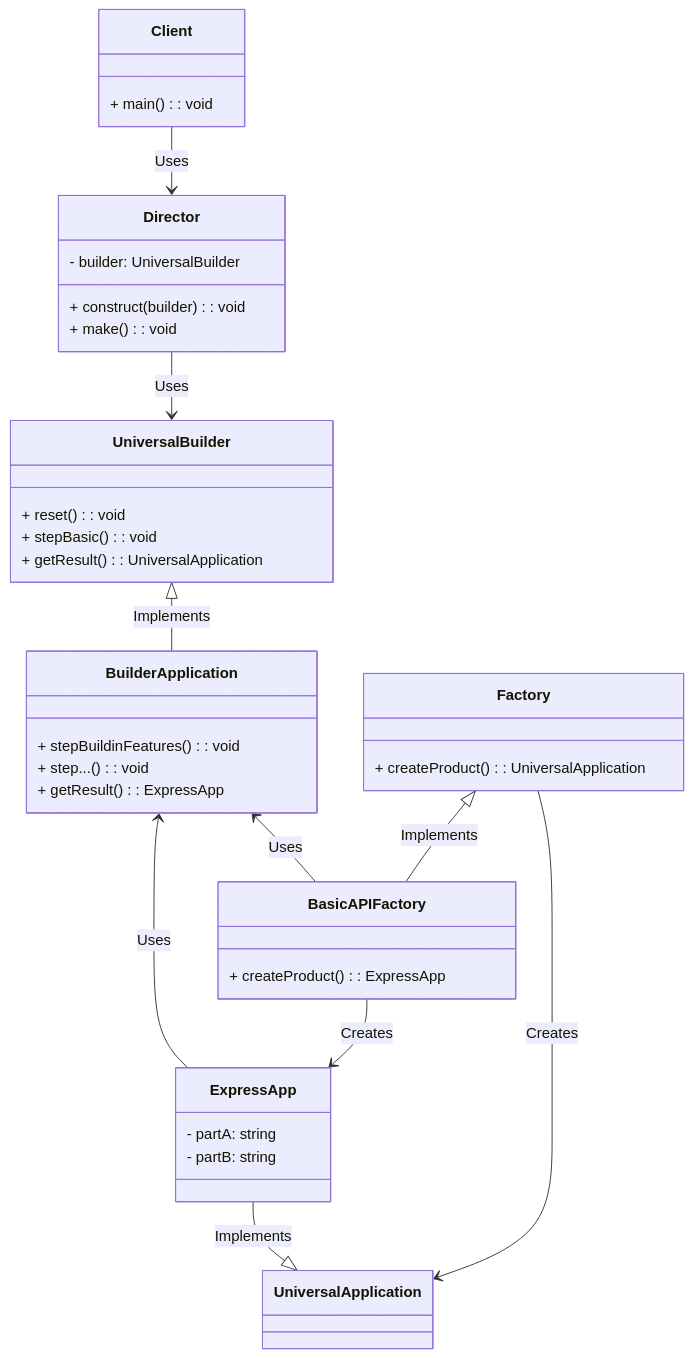
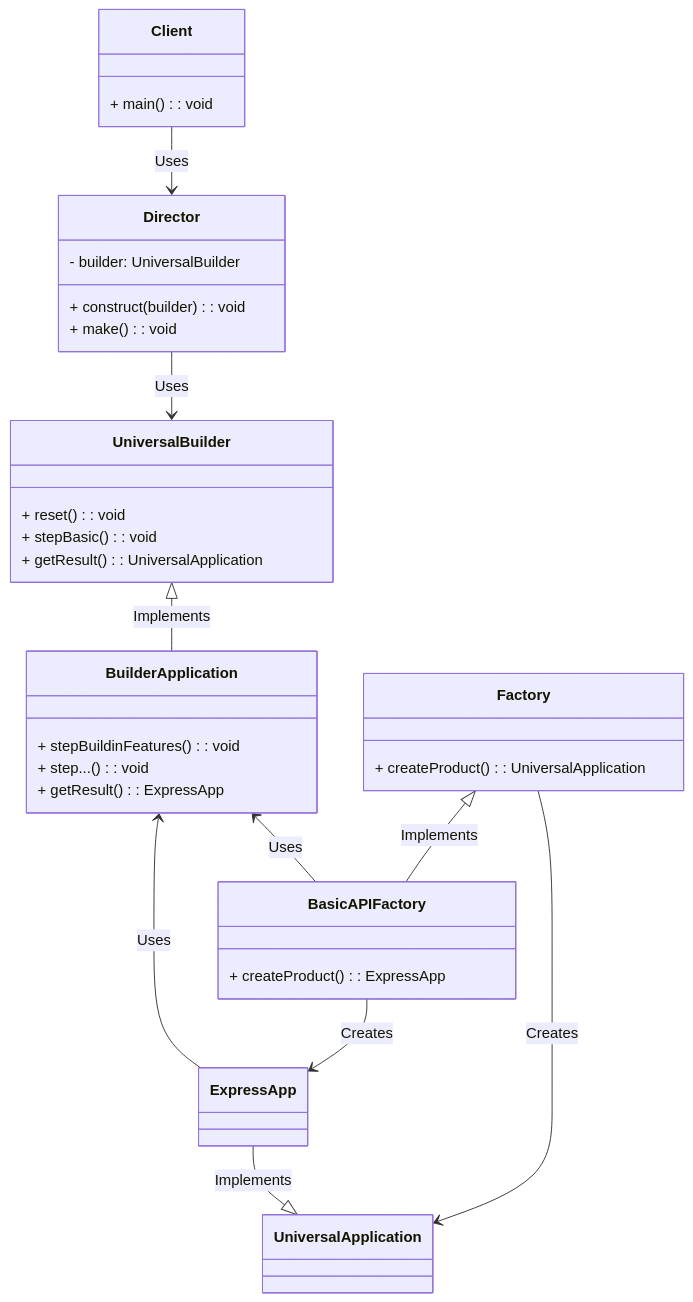
Before and after one commit to Cris-Mur/BasicAPI: the first of 3 diagrams in src/application/builder/README.md, drawn with Mermaid. The commit also changed other lines of this file and 2 other files, not shown here.

````diff
--- a/src/application/builder/README.md
+++ b/src/application/builder/README.md
@@ -8,49 +5,47 @@
 ```mermaid
 classDiagram
     class Director {
         - builder: UniversalBuilder
         + construct(builder): void
         + make(): void
     }
 
     class UniversalBuilder {
         + reset(): void
         + stepBasic(): void
         + getResult(): UniversalApplication
     }
 
     class BuilderApplication {
         + stepBuildinFeatures(): void
         + step...(): void
         + getResult(): ExpressApp
     }
 
     class ExpressApp {
-        - partA: string
-        - partB: string
     }
 
     class Client {
         + main(): void
     }
 
     class Factory {
         + createProduct(): UniversalApplication
     }
 
     class BasicAPIFactory {
         + createProduct(): ExpressApp
     }
 
     Client --> Director : Uses
     Director --> UniversalBuilder : Uses
     UniversalBuilder <|-- BuilderApplication : Implements
     BuilderApplication <-- BasicAPIFactory : Uses
     BuilderApplication <-- ExpressApp : Uses
     BasicAPIFactory --> ExpressApp : Creates
     ExpressApp --|> UniversalApplication : Implements
     Factory --> UniversalApplication : Creates
     Factory <|-- BasicAPIFactory : Implements
 
 
 ```
````
